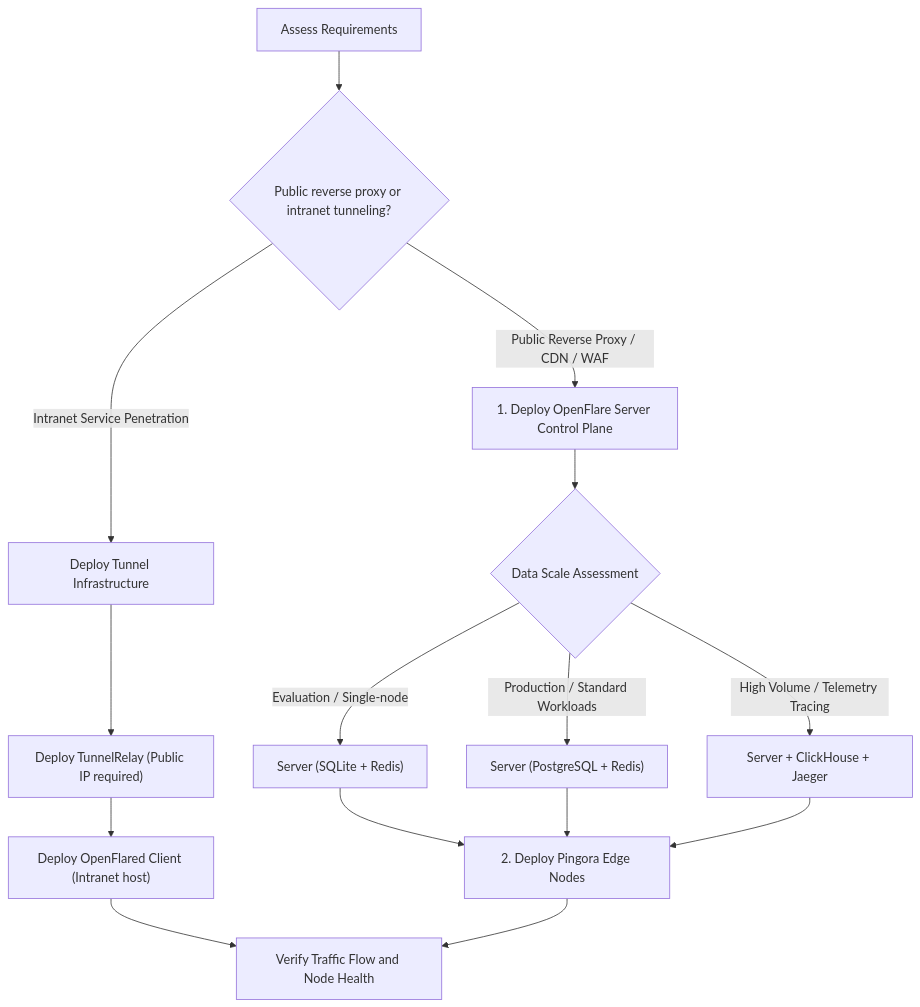
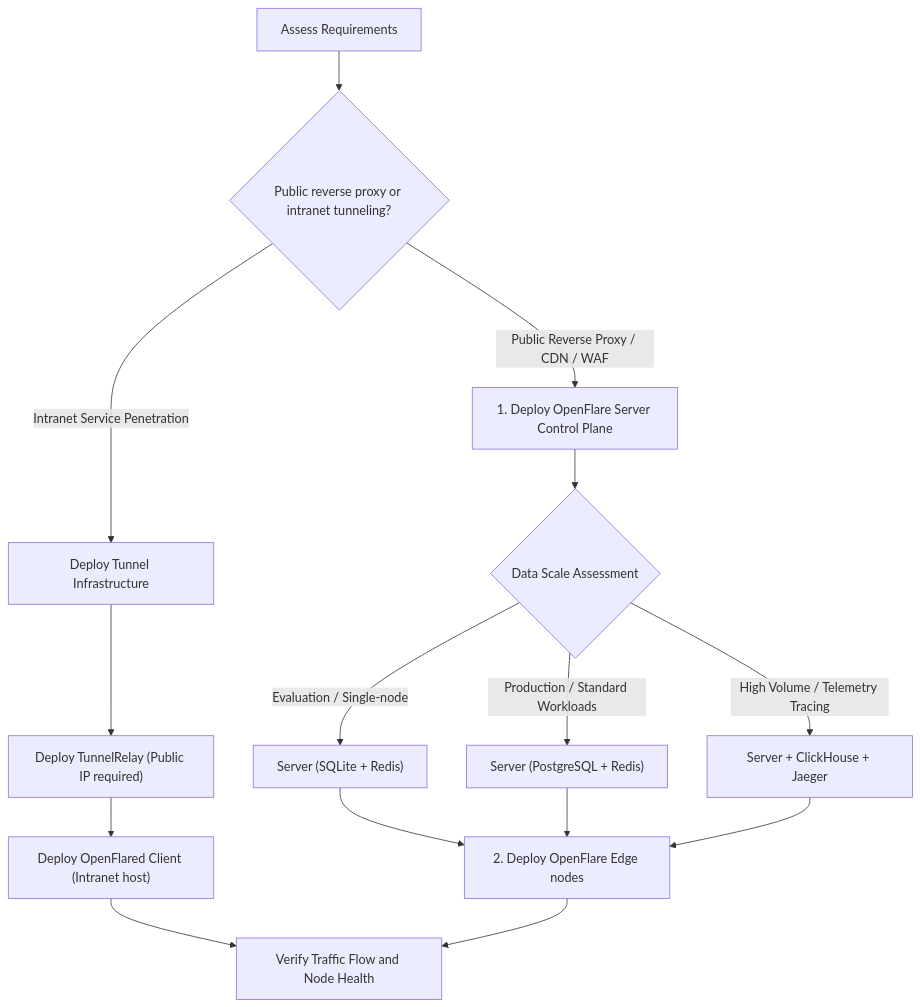
Before and after one commit to Rain-kl/OpenFlare: the diagram in docs/en/deployment/index.md, drawn with Mermaid. The commit also changed other lines of this file and 85 other files, not shown here.

````diff
--- a/docs/en/deployment/index.md
+++ b/docs/en/deployment/index.md
@@ -18,20 +18,20 @@
 ```mermaid
 flowchart TD
     Start["Assess Requirements"] --> Mode{"Public reverse proxy or intranet tunneling?"}
     Mode -->|"Public Reverse Proxy / CDN / WAF"| DeployServer["1. Deploy OpenFlare Server Control Plane"]
     Mode -->|"Intranet Service Penetration"| DeployTunnel["Deploy Tunnel Infrastructure"]
     
     DeployServer --> ServerDB{"Data Scale Assessment"}
     ServerDB -->|"Evaluation / Single-node"| ServerLite["Server (SQLite + Redis)"]
     ServerDB -->|"Production / Standard Workloads"| ServerProd["Server (PostgreSQL + Redis)"]
     ServerDB -->|"High Volume / Telemetry Tracing"| ServerCluster["Server + ClickHouse + Jaeger"]
     
-    ServerLite --> DeployEdge["2. Deploy Pingora Edge Nodes"]
+    ServerLite --> DeployEdge["2. Deploy OpenFlare Edge nodes"]
     ServerProd --> DeployEdge
     ServerCluster --> DeployEdge
     
     DeployTunnel --> DeployRelay["Deploy TunnelRelay (Public IP required)"]
     DeployRelay --> DeployClient["Deploy OpenFlared Client (Intranet host)"]
     DeployClient --> Finish["Verify Traffic Flow and Node Health"]
     DeployEdge --> Finish
 ```
````
